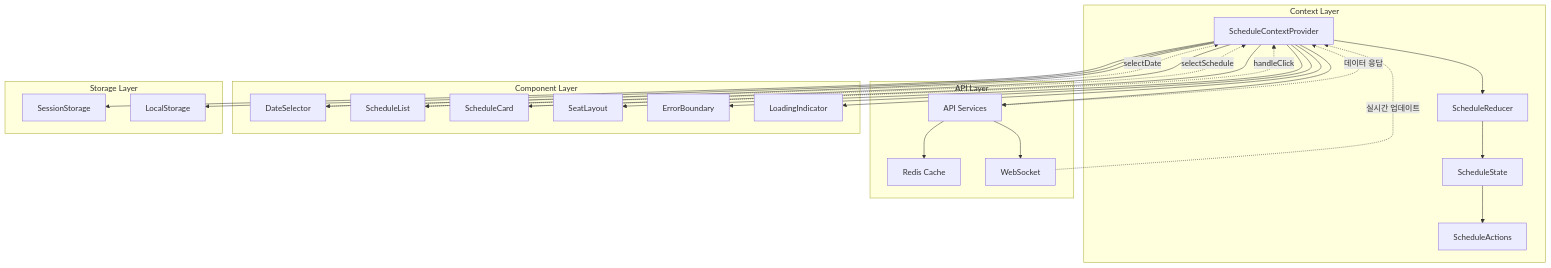
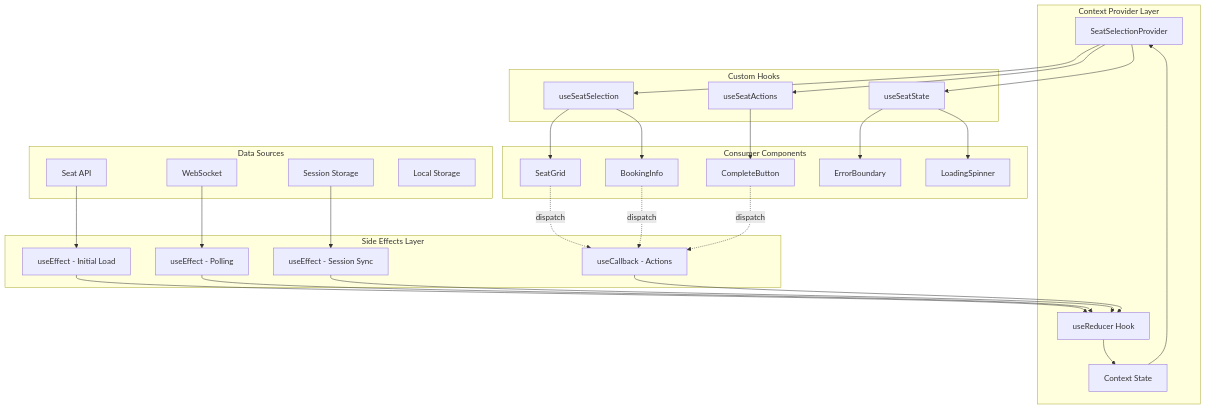
One commit to makerjkk/vmc-3-ticket-booking changed the first of 4 diagrams in docs/state-management.md. Above: the diagram before and after it, drawn with Mermaid. The commit also changed other lines of this file and 56 other files, not shown here.

Commit message:
유저플로우 #4: 예약 페이지 - 좌석 선택

````diff
--- a/docs/state-management.md
+++ b/docs/state-management.md
@@ -13,58 +120,62 @@
 ```mermaid
 graph TB
-    subgraph "Context Layer"
-        SC[ScheduleContextProvider]
-        SR[ScheduleReducer]
-        SS[ScheduleState]
-        SA[ScheduleActions]
+    subgraph "Context Provider Layer"
+        CP[SeatSelectionProvider]
+        CR[useReducer Hook]
+        CS[Context State]
     end
     
-    subgraph "API Layer"
-        API[API Services]
-        Cache[Redis Cache]
+    subgraph "Data Sources"
+        API[Seat API]
         WS[WebSocket]
+        SS[Session Storage]
+        LS[Local Storage]
     end
     
-    subgraph "Component Layer"
-        DS[DateSelector]
-        SL[ScheduleList]
-        SC_Card[ScheduleCard]
-        SeatL[SeatLayout]
-        EB[ErrorBoundary]
-        LI[LoadingIndicator]
+    subgraph "Side Effects Layer"
+        SE1[useEffect - Initial Load]
+        SE2[useEffect - Polling]
+        SE3[useEffect - Session Sync]
+        SE4[useCallback - Actions]
     end
     
-    subgraph "Storage Layer"
-        SessionS[SessionStorage]
-        LocalS[LocalStorage]
+    subgraph "Consumer Components"
+        C1[SeatGrid]
+        C2[BookingInfo]
+        C3[CompleteButton]
+        C4[ErrorBoundary]
+        C5[LoadingSpinner]
     end
     
-    %% Context 데이터 흐름
-    SC --> SR
-    SR --> SS
-    SS --> SA
+    subgraph "Custom Hooks"
+        H1[useSeatSelection]
+        H2[useSeatActions]
+        H3[useSeatState]
+    end
     
-    %% API 연동
-    SC --> API
-    API --> Cache
-    API --> WS
+    API --> SE1
+    WS --> SE2
+    SS --> SE3
     
-    %% 컴포넌트 연결
-    SC --> DS
-    SC --> SL
-    SC --> SC_Card
-    SC --> SeatL
-    SC --> EB
-    SC --> LI
+    SE1 --> CR
+    SE2 --> CR
+    SE3 --> CR
+    SE4 --> CR
     
-    %% 저장소 연결
-    SC --> SessionS
-    SC --> LocalS
+    CR --> CS
+    CS --> CP
     
-    %% 데이터 흐름 방향
-    DS -.->|selectDate| SC
-    SL -.->|selectSchedule| SC
-    SC_Card -.->|handleClick| SC
-    API -.->|데이터 응답| SC
-    WS -.->|실시간 업데이트| SC
+    CP --> H1
+    CP --> H2
+    CP --> H3
+    
+    H1 --> C1
+    H1 --> C2
+    H2 --> C3
+    H3 --> C4
+    H3 --> C5
+    
+    C1 -.->|dispatch| SE4
+    C2 -.->|dispatch| SE4
+    C3 -.->|dispatch| SE4
 ```
````
